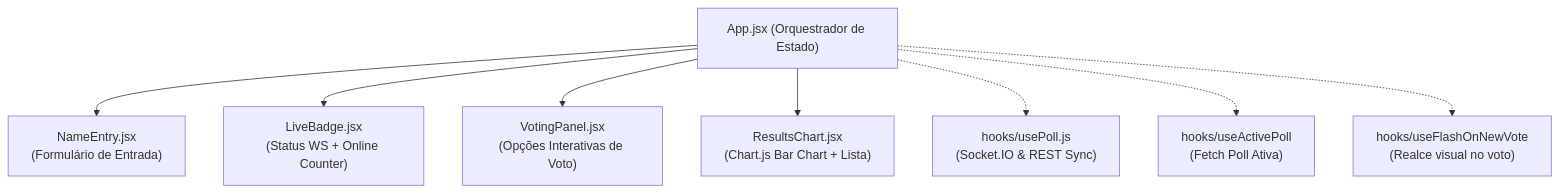
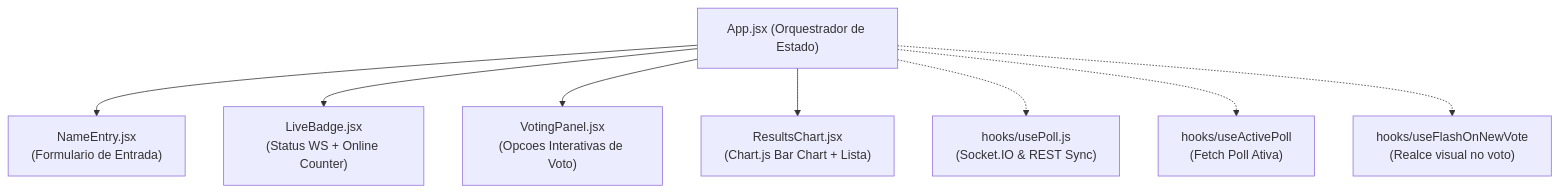
The first of 2 diagrams in realtime-poll-full/frontend/README.md (mozstream01-gif/Real-Time-Poll), drawn with Mermaid before and after one commit. The commit also changed other lines of this file and 8 other files, not shown here.

````diff
--- a/realtime-poll-full/frontend/README.md
+++ b/realtime-poll-full/frontend/README.md
@@ -29,13 +29,13 @@
 ```mermaid
 graph TD
     App["App.jsx (Orquestrador de Estado)"]
     
-    App --> NameEntry["NameEntry.jsx\n(Formulário de Entrada)"]
+    App --> NameEntry["NameEntry.jsx\n(Formulario de Entrada)"]
     App --> LiveBadge["LiveBadge.jsx\n(Status WS + Online Counter)"]
-    App --> VotingPanel["VotingPanel.jsx\n(Opções Interativas de Voto)"]
+    App --> VotingPanel["VotingPanel.jsx\n(Opcoes Interativas de Voto)"]
     App --> ResultsChart["ResultsChart.jsx\n(Chart.js Bar Chart + Lista)"]
 
     App -.-> usePoll["hooks/usePoll.js\n(Socket.IO & REST Sync)"]
     App -.-> useActivePoll["hooks/useActivePoll\n(Fetch Poll Ativa)"]
     App -.-> useFlash["hooks/useFlashOnNewVote\n(Realce visual no voto)"]
 ```
````
